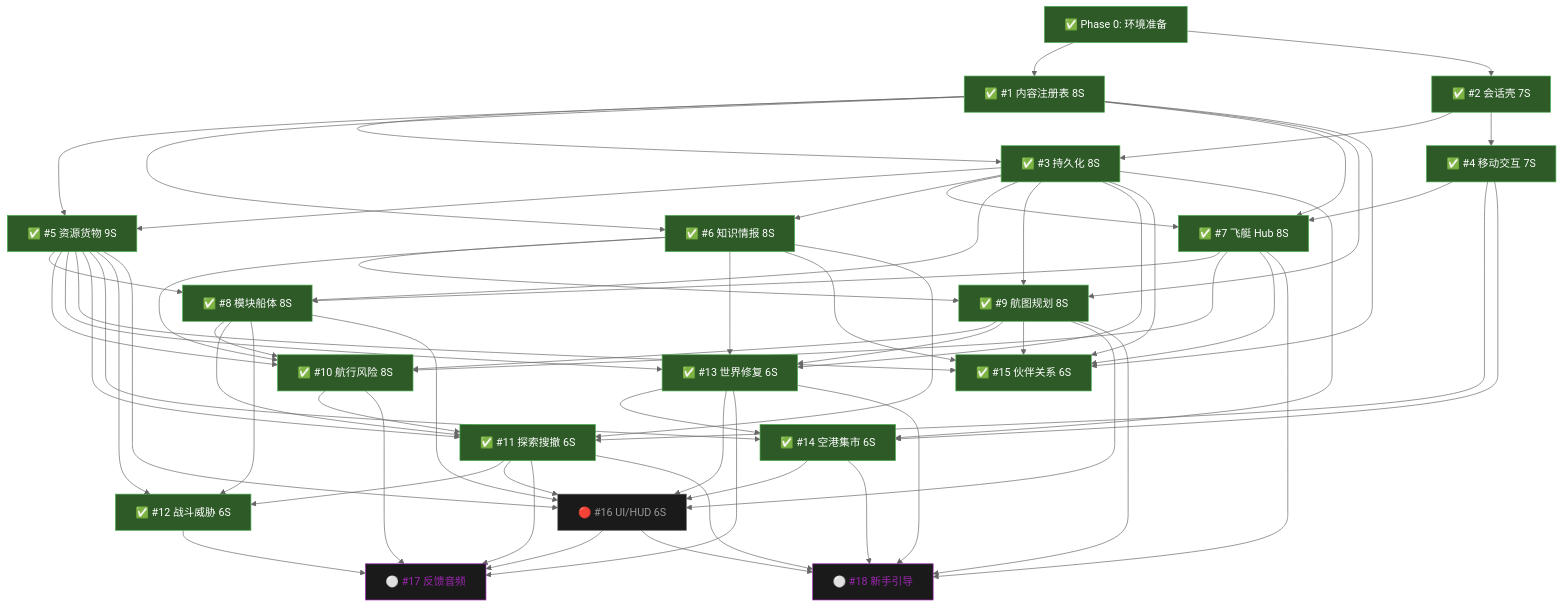
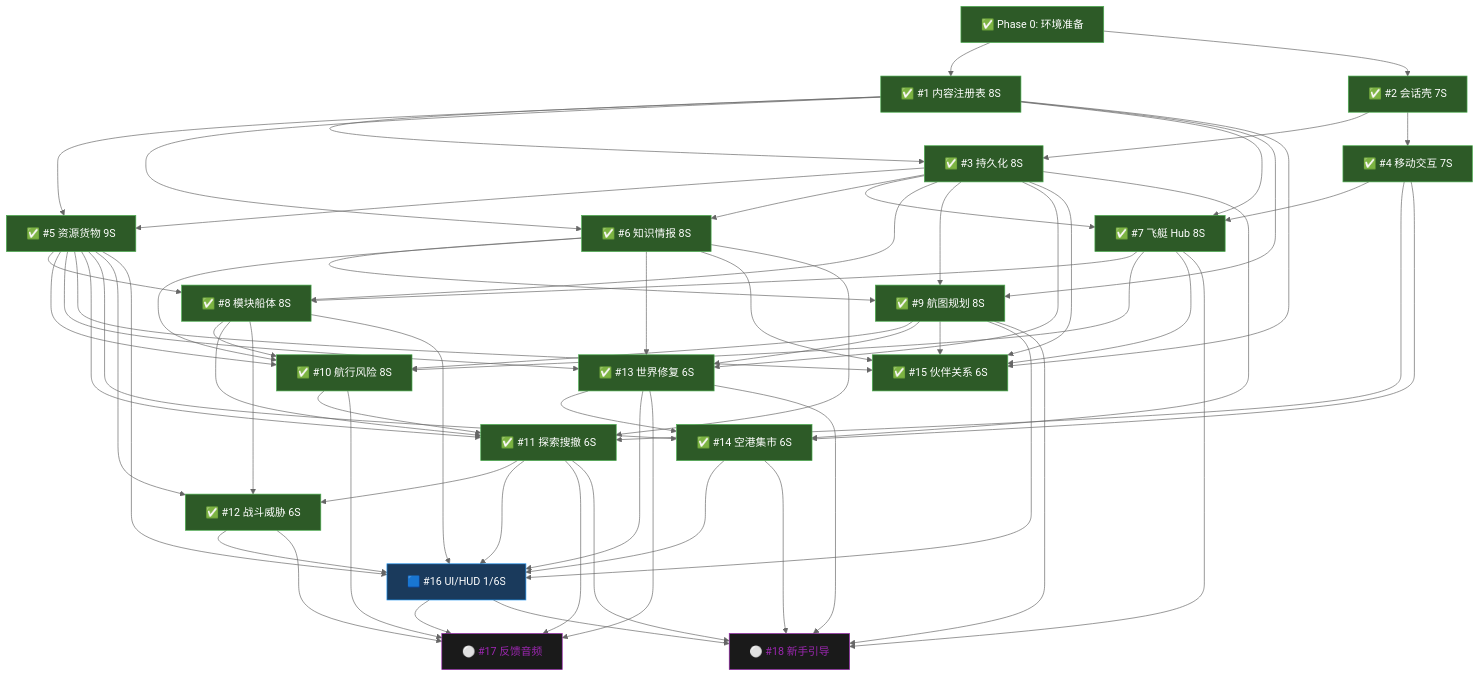
The second of 3 diagrams in docs/reference/production-flowchart.md (lieinsay/Claude-Code-Game-Studios), drawn with Mermaid (neutral theme) before and after one commit. The commit also changed other lines of this file and 11 other files, not shown here.

```diff
--- a/docs/reference/production-flowchart.md
+++ b/docs/reference/production-flowchart.md
@@ -89,7 +89,7 @@
 
     S12["✅ #12 战斗威胁 6S"]:::done
 
-    S16["🔴 #16 UI/HUD 6S"]:::future
+    S16["🟦 #16 UI/HUD 1/6S"]:::active
 
     S17["⚪ #17 反馈音频"]:::vs
     S18["⚪ #18 新手引导"]:::vs
@@ -154,6 +154,7 @@
     S8 --> S16
     S9 --> S16
     S11 --> S16
+    S12 --> S16
     S13 --> S16
     S14 --> S16
 
```
